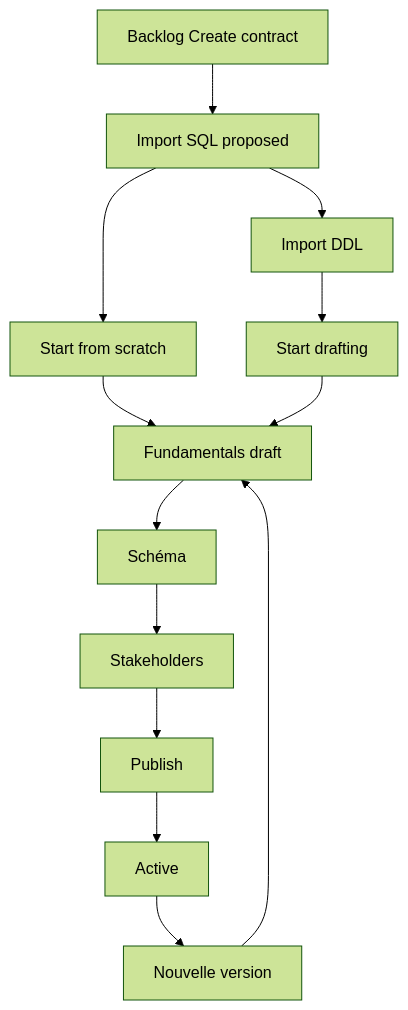
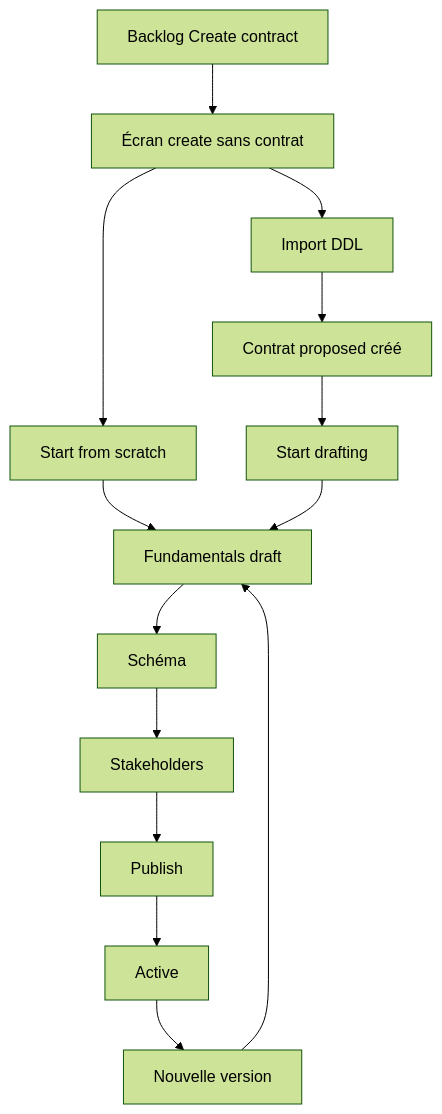
One commit to picks44/zeenea-dcb changed the diagram in README.md. Above: the diagram before and after it, drawn with Mermaid (forest theme). The commit also changed other lines of this file and 7 other files, not shown here.

````diff
--- a/README.md
+++ b/README.md
@@ -108,16 +108,17 @@
 ```mermaid
 flowchart TB
   A[Backlog Create contract]
-  A --> I[Import SQL proposed]
-  I --> C[Import DDL]
-  I --> S[Start from scratch]
+  A --> W[Écran create sans contrat]
+  W --> C[Import DDL]
+  W --> S[Start from scratch]
   S --> D[Fundamentals draft]
-  C --> SD[Start drafting]
+  C --> P[Contrat proposed créé]
+  P --> SD[Start drafting]
   SD --> D
   D --> E[Schéma]
   E --> F[Stakeholders]
   F --> G[Publish]
   G --> H[Active]
   H --> NV[Nouvelle version]
   NV --> D
 ```
````
